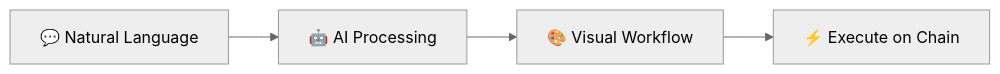
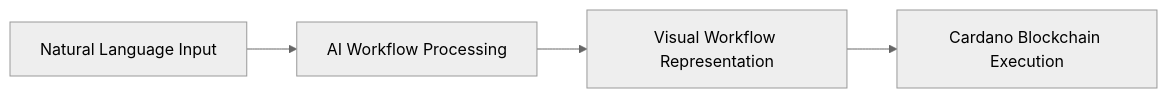
The diagram in README.md (Jrine0/cardano-MCP), drawn with Mermaid (neutral theme) before and after one commit. The commit also changed other lines of this file, not shown here.

````diff
--- a/README.md
+++ b/README.md
@@ -68,6 +40,6 @@
 ```mermaid
 graph LR
-    A[💬 Natural Language] --> B[🤖 AI Processing]
-    B --> C[🎨 Visual Workflow]
-    C --> D[⚡ Execute on Chain]
+    A[Natural Language Input] --> B[AI Workflow Processing]
+    B --> C[Visual Workflow Representation]
+    C --> D[Cardano Blockchain Execution]
 ```
````
